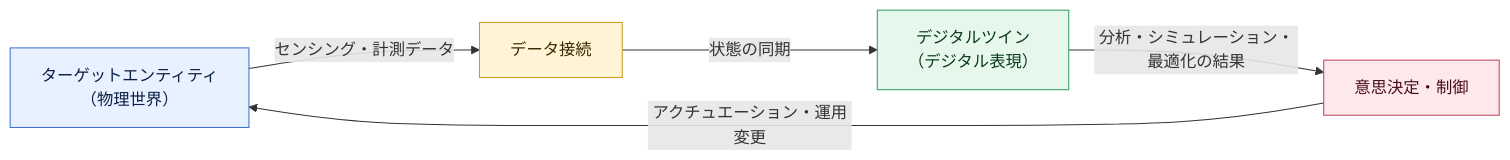
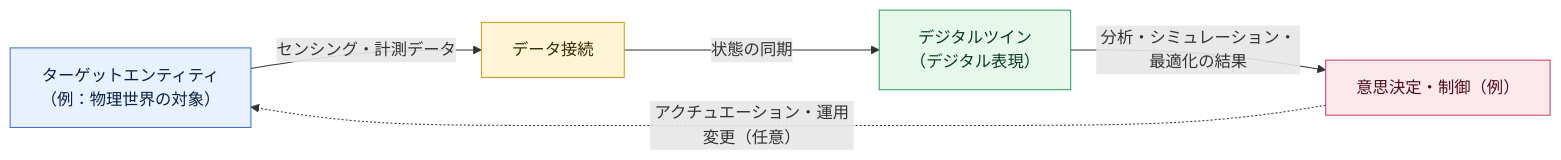
One commit to myoshi2891/Quality-Assurance-Studies changed the first of 7 diagrams in Iso-iec-tr-30172-guide.md. Above: the diagram before and after it, drawn with Mermaid. The commit also changed other lines of this file and 5 other files, not shown here.

````diff
--- a/Iso-iec-tr-30172-guide.md
+++ b/Iso-iec-tr-30172-guide.md
@@ -123,16 +123,16 @@
 ```mermaid
 flowchart LR
-    T1["ターゲットエンティティ<br/>（物理世界）"] -->|センシング・計測データ| T2["データ接続"]
+    T1["ターゲットエンティティ<br/>（例：物理世界の対象）"] -->|センシング・計測データ| T2["データ接続"]
     T2 -->|状態の同期| T3["デジタルツイン<br/>（デジタル表現）"]
-    T3 -->|分析・シミュレーション・最適化の結果| T4["意思決定・制御"]
-    T4 -->|アクチュエーション・運用変更| T1
+    T3 -->|分析・シミュレーション・最適化の結果| T4["意思決定・制御（例）"]
+    T4 -.->|アクチュエーション・運用変更（任意）| T1
 
     classDef phys fill:#e8f1ff,stroke:#3b6fd4,color:#0b1f44
     classDef link fill:#fff4d6,stroke:#c99a1c,color:#3a2a00
     classDef dtw fill:#e6f7ec,stroke:#2f9e5b,color:#0b3a1f
     classDef act fill:#fde8ec,stroke:#c4415b,color:#4a0d1b
     class T1 phys
     class T2 link
     class T3 dtw
     class T4 act
 ```
````
